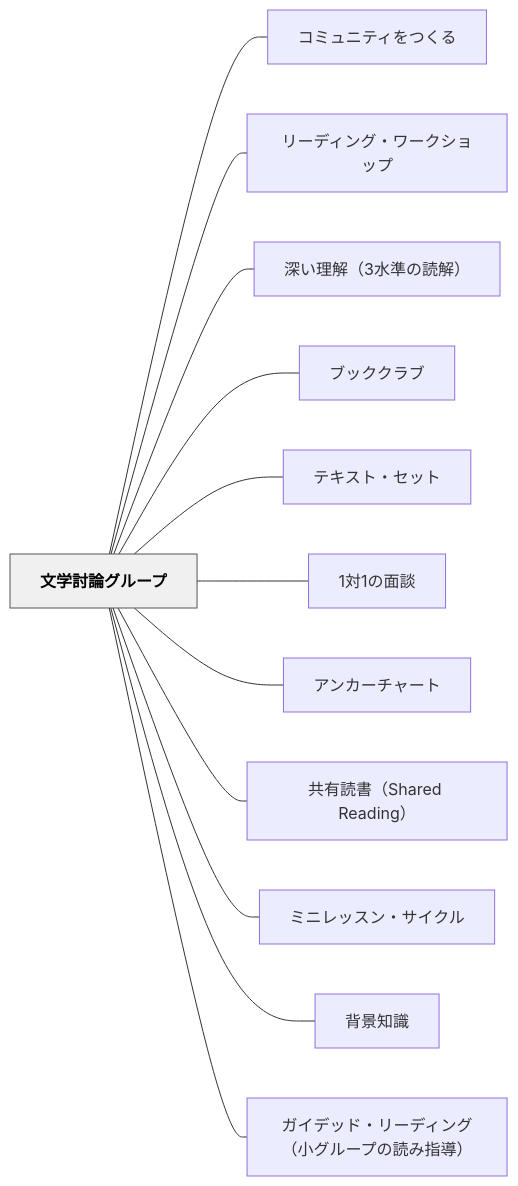
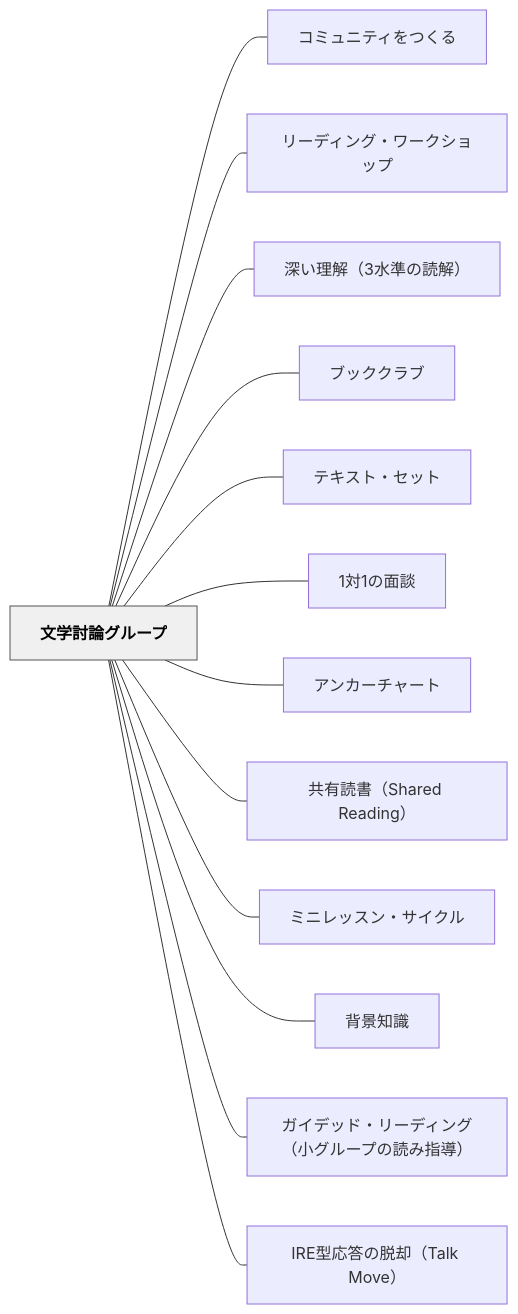
One commit to unknownthings-ed-patterns/unknownthings-ed-patterns changed the diagram in content/パタン/文学討論グループ.md. Above: the diagram before and after it, drawn with Mermaid. The commit also changed other lines of this file and 1 other file, not shown here.

Commit message:
auto: Obsidianから同期 2026-06-13 03:38

````diff
--- a/content/パタン/文学討論グループ.md
+++ b/content/パタン/文学討論グループ.md
@@ -205,30 +206,32 @@
 ```mermaid
 flowchart LR
     ne69687e5ada6e8a88ee8ab96e382b0e383abe383bce38397["文学討論グループ"]
     ne382b3e3839fe383a5e3838be38386e382a3e38292e381a4e3818fe3828b["コミュニティをつくる"]
     ne383aae383bce38387e382a3e383b3e382b0e383bbe383afe383bce382afe382b7e383a7e38383e38397["リーディング・ワークショップ"]
     ne6b7b1e38184e79086e8a7a3efbc8833e6b0b4e6ba96e381aee8aaade8a7a3efbc89["深い理解（3水準の読解）"]
     ne38396e38383e382afe382afe383a9e38396["ブッククラブ"]
     ne38386e382ade382b9e38388e383bbe382bbe38383e38388["テキスト・セット"]
     n31e5afbe31e381aee99da2e8ab87["1対1の面談"]
     ne382a2e383b3e382abe383bce38381e383a3e383bce38388["アンカーチャート"]
     ne585b1e69c89e8aaade69bb8efbc885368617265642052656164696e67efbc89["共有読書（Shared Reading）"]
     ne3839fe3838be383ace38383e382b9e383b3e383bbe382b5e382a4e382afe383ab["ミニレッスン・サイクル"]
     ne8838ce699afe79fa5e8ad98["背景知識"]
     ne382ace382a4e38387e38383e38389e383bbe383aae383bce38387e382a3e383b3e382b0efbc88e5b08fe382b0e383abe383bce38397e381aee8aaade381bfe68c87e5b08eefbc89["ガイデッド・リーディング（小グループの読み指導）"]
+    n495245e59e8be5bf9ce7ad94e381aee884b1e58db4efbc8854616c6b204d6f7665efbc89["IRE型応答の脱却（Talk Move）"]
 
     ne69687e5ada6e8a88ee8ab96e382b0e383abe383bce38397 --- ne382b3e3839fe383a5e3838be38386e382a3e38292e381a4e3818fe3828b
     ne69687e5ada6e8a88ee8ab96e382b0e383abe383bce38397 --- ne383aae383bce38387e382a3e383b3e382b0e383bbe383afe383bce382afe382b7e383a7e38383e38397
     ne69687e5ada6e8a88ee8ab96e382b0e383abe383bce38397 --- ne6b7b1e38184e79086e8a7a3efbc8833e6b0b4e6ba96e381aee8aaade8a7a3efbc89
     ne69687e5ada6e8a88ee8ab96e382b0e383abe383bce38397 --- ne38396e38383e382afe382afe383a9e38396
     ne69687e5ada6e8a88ee8ab96e382b0e383abe383bce38397 --- ne38386e382ade382b9e38388e383bbe382bbe38383e38388
     ne69687e5ada6e8a88ee8ab96e382b0e383abe383bce38397 --- n31e5afbe31e381aee99da2e8ab87
     ne69687e5ada6e8a88ee8ab96e382b0e383abe383bce38397 --- ne382a2e383b3e382abe383bce38381e383a3e383bce38388
     ne69687e5ada6e8a88ee8ab96e382b0e383abe383bce38397 --- ne585b1e69c89e8aaade69bb8efbc885368617265642052656164696e67efbc89
     ne69687e5ada6e8a88ee8ab96e382b0e383abe383bce38397 --- ne3839fe3838be383ace38383e382b9e383b3e383bbe382b5e382a4e382afe383ab
     ne69687e5ada6e8a88ee8ab96e382b0e383abe383bce38397 --- ne8838ce699afe79fa5e8ad98
     ne69687e5ada6e8a88ee8ab96e382b0e383abe383bce38397 --- ne382ace382a4e38387e38383e38389e383bbe383aae383bce38387e382a3e383b3e382b0efbc88e5b08fe382b0e383abe383bce38397e381aee8aaade381bfe68c87e5b08eefbc89
+    ne69687e5ada6e8a88ee8ab96e382b0e383abe383bce38397 --- n495245e59e8be5bf9ce7ad94e381aee884b1e58db4efbc8854616c6b204d6f7665efbc89
 
     classDef hub fill:#f0f0f0,stroke:#555,color:#000,font-weight:bold
     class ne69687e5ada6e8a88ee8ab96e382b0e383abe383bce38397 hub
 ```
````
